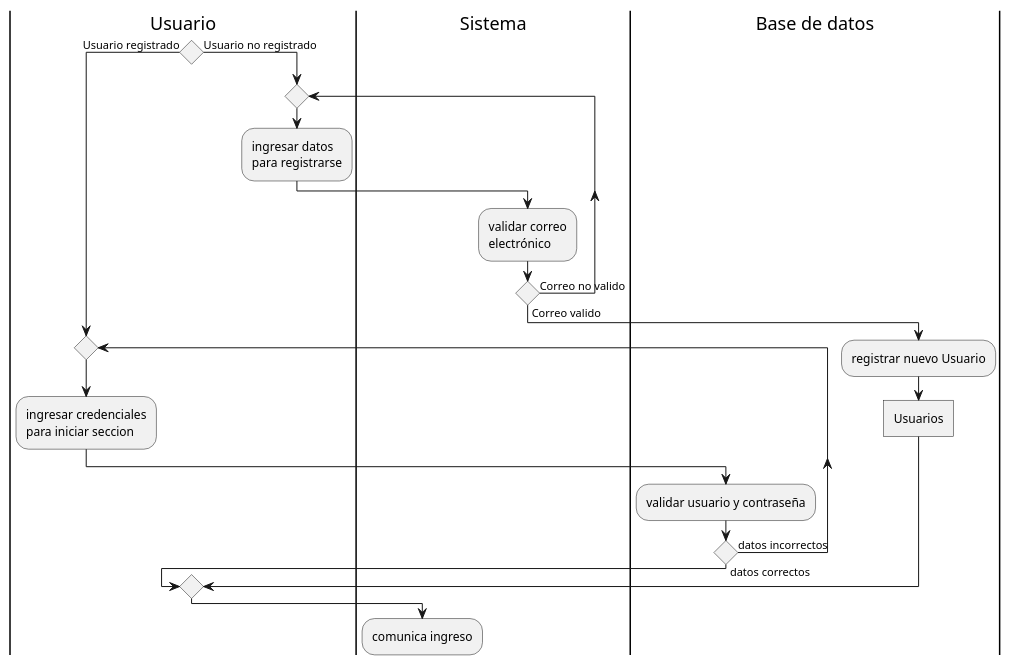
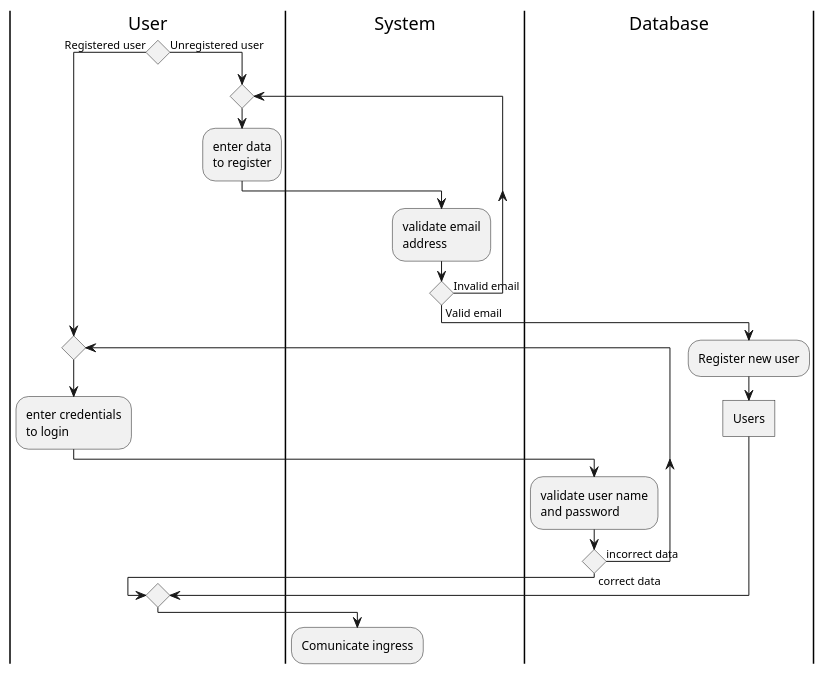
The diagram in diagrama_actividades.puml (frangcisneros/cifrador-utn), drawn with PlantUML before and after one commit.

Commit message:
File translated to English

```diff
--- a/diagrama_actividades.puml
+++ b/diagrama_actividades.puml
@@ -1,37 +1,38 @@
 @startuml
-|Usuario|
-if() then (Usuario registrado)
+|User|
+if() then (Registered user)
     label sp_lab0
     label sp_lab1
     label sp_lab2
     label sp_lab3
     label sp_lab4
     label sp_lab5
     label sp_lab6
     label sp_lab7
     label sp_lab8
     repeat 
-    :ingresar credenciales 
-    para iniciar seccion; 
-    |Sistema|
-    |Base de datos|
-    :validar usuario y contraseña;
-    repeat while ( ) is (datos incorrectos) not (datos correctos)
+    :enter credentials 
+    to login; 
+    |System|
+    |Database|
+    :validate user name
+    and password;
+    repeat while ( ) is (incorrect data) not (correct data)
 
 
-else (Usuario no registrado)  
-    |Usuario|
+else (Unregistered user)  
+    |User|
         repeat 
-        :ingresar datos 
-        para registrarse;
-        |Sistema|
-        :validar correo 
-        electrónico;
-        repeat while( ) is (Correo no valido) not(Correo valido)
-    |Base de datos|
-    :registrar nuevo Usuario;
-    :Usuarios]
+        :enter data 
+        to register;
+        |System|
+        :validate email 
+        address;
+        repeat while( ) is (Invalid email) not(Valid email)
+    |Database|
+    :Register new user;
+    :Users]
 endif
-|Sistema|
-:comunica ingreso;
+|System|
+:Comunicate ingress;
 @enduml
```
